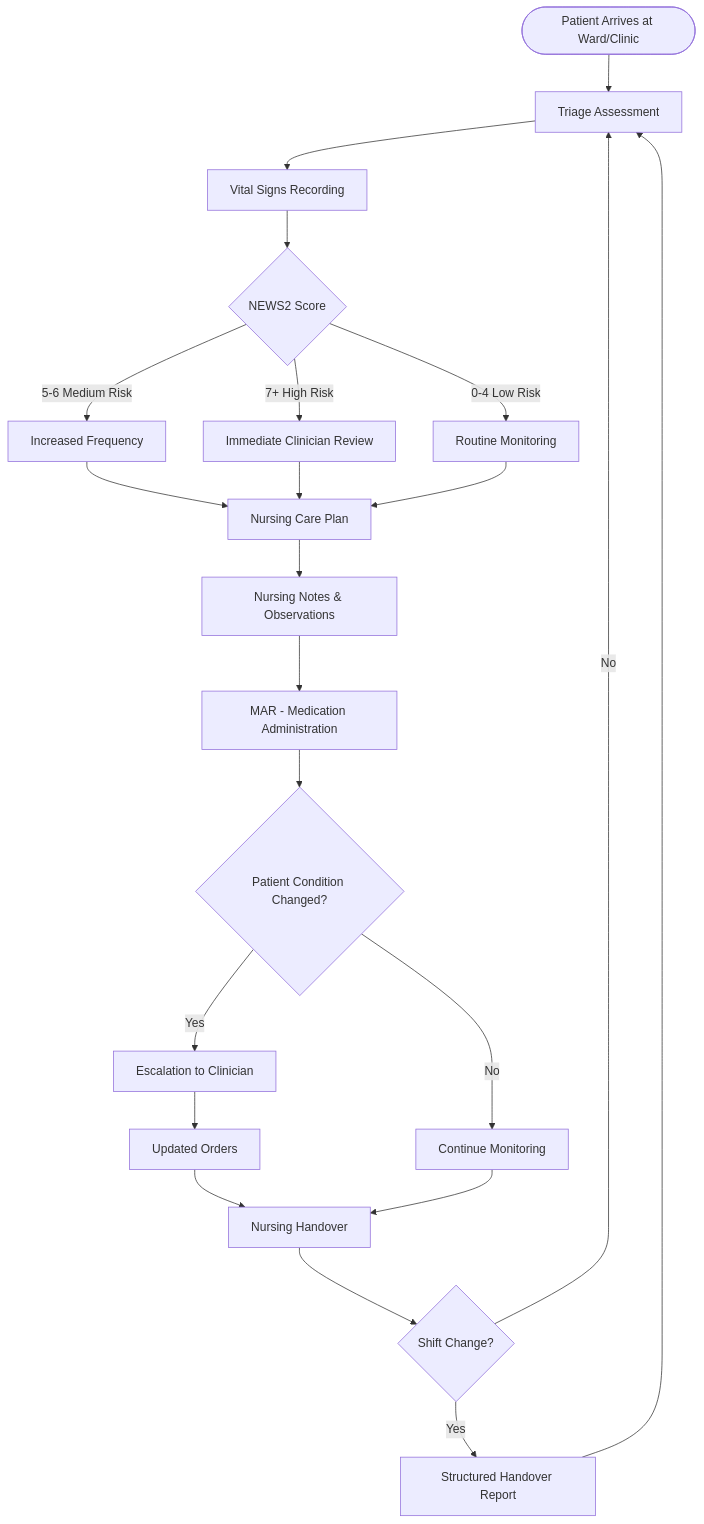
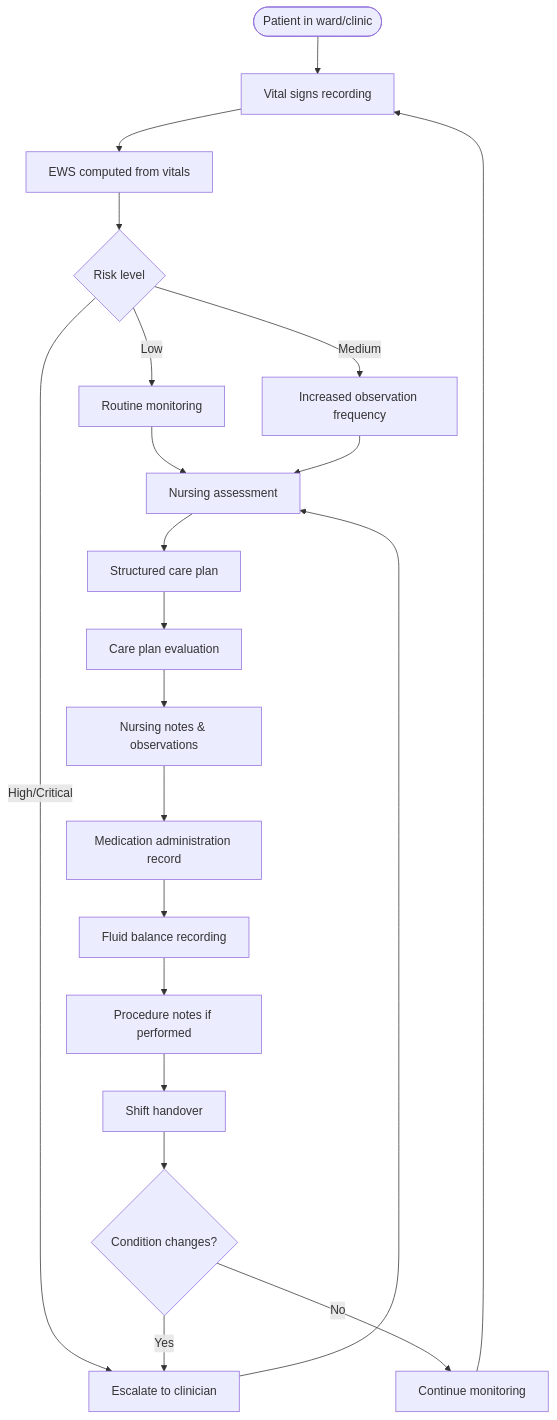
One commit to JosephMponda/GrandGaze changed the diagram in docs/workflows/02-nursing-workflow.md. Above: the diagram before and after it, drawn with Mermaid. The commit also changed 6 other files, not shown here.

Commit message:
Update workflow diagrams to match current app

````diff
--- a/docs/workflows/02-nursing-workflow.md
+++ b/docs/workflows/02-nursing-workflow.md
@@ -3,24 +3,23 @@
 ```mermaid
 flowchart TD
-    A([Patient Arrives at Ward/Clinic]) --> B[Triage Assessment]
-    B --> C[Vital Signs Recording]
-    C --> D{NEWS2 Score}
-    D -->|0-4 Low Risk| E[Routine Monitoring]
-    D -->|5-6 Medium Risk| F[Increased Frequency]
-    D -->|7+ High Risk| G[Immediate Clinician Review]
-    F --> H[Nursing Care Plan]
+    A([Patient in ward/clinic]) --> B[Vital signs recording]
+    B --> C[EWS computed from vitals]
+    C --> D{Risk level}
+    D -->|Low| E[Routine monitoring]
+    D -->|Medium| F[Increased observation frequency]
+    D -->|High/Critical| G[Escalate to clinician]
+    E --> H[Nursing assessment]
+    F --> H
     G --> H
-    E --> H
-    H --> I[Nursing Notes & Observations]
-    I --> J[MAR - Medication Administration]
-    J --> K{Patient Condition Changed?}
-    K -->|Yes| L[Escalation to Clinician]
-    K -->|No| M[Continue Monitoring]
-    L --> N[Updated Orders]
-    N --> O[Nursing Handover]
-    M --> O
-    O --> P{Shift Change?}
-    P -->|Yes| Q[Structured Handover Report]
-    P -->|No| B
+    H --> I[Structured care plan]
+    I --> J[Care plan evaluation]
+    J --> K[Nursing notes & observations]
+    K --> L[Medication administration record]
+    L --> M[Fluid balance recording]
+    M --> N[Procedure notes if performed]
+    N --> O[Shift handover]
+    O --> P{Condition changes?}
+    P -->|Yes| G
+    P -->|No| Q[Continue monitoring]
     Q --> B
 ```
````
